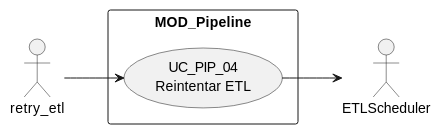
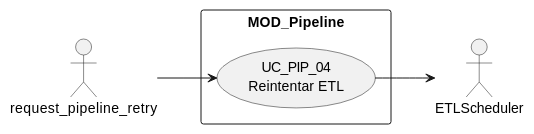
The first of 4 diagrams in source/requisitos/casos-uso/pipeline/uc-pip-04/diagramas-uml.rst (jcg-admin/IACT-docs), drawn with PlantUML before and after one commit. The commit also changed other lines of this file and 157 other files, not shown here.

First line of the commit message:
Enforce catalog function names across all diagrams

```diff
--- a/source/requisitos/casos-uso/pipeline/uc-pip-04/diagramas-uml.rst
+++ b/source/requisitos/casos-uso/pipeline/uc-pip-04/diagramas-uml.rst
@@ -10,12 +10,12 @@
 .. uml::
 
  @startuml
  left to right direction
- actor "retry_etl" as USR
+ actor "request_pipeline_retry" as USR
  actor "ETLScheduler" as DE
  rectangle "MOD_Pipeline" {
    usecase "UC_PIP_04\nReintentar ETL" as UC04
  }
  USR --> UC04
  UC04 --> DE
  @enduml
```
